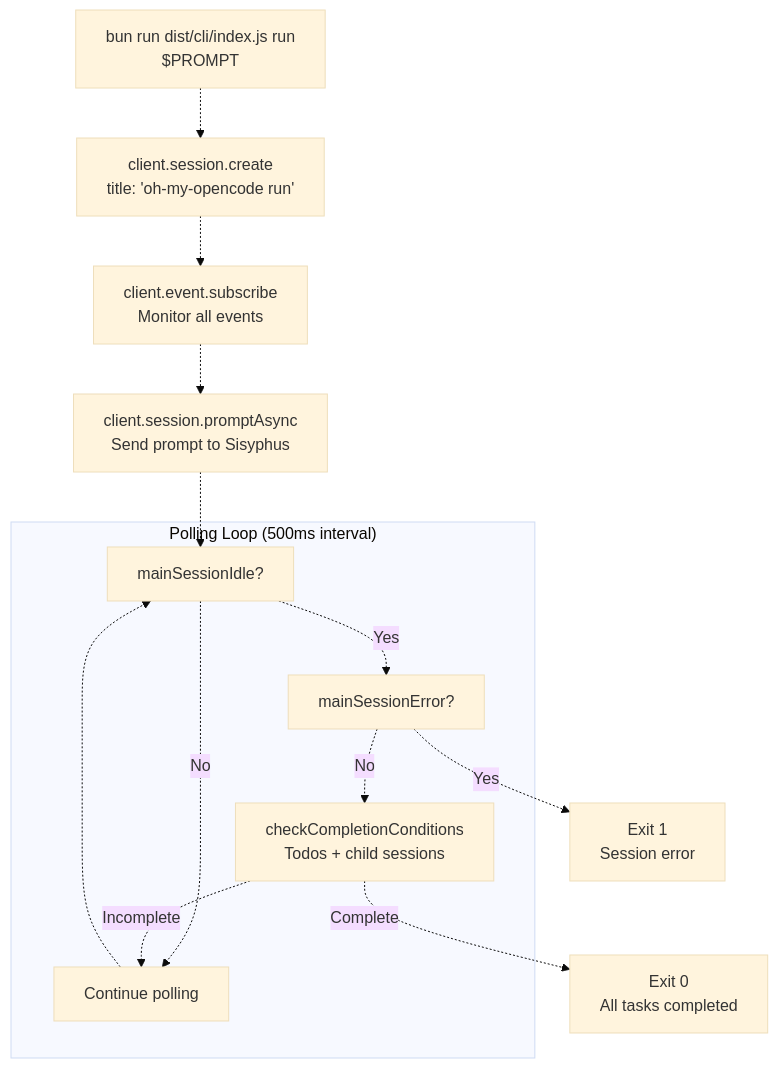
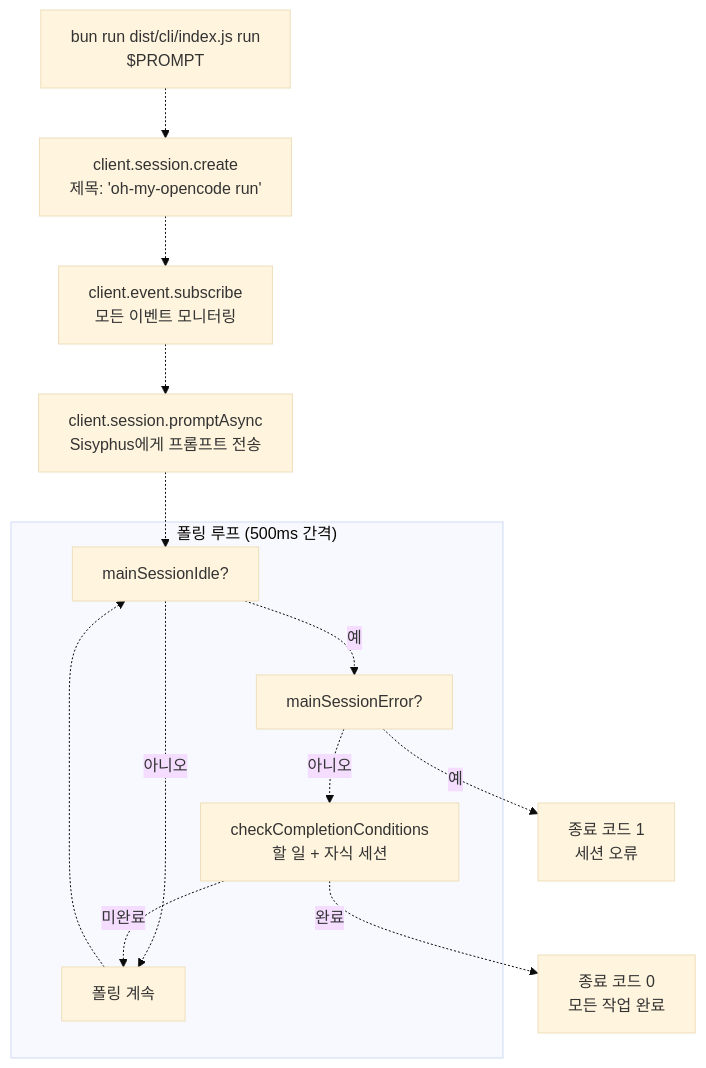
Before and after one commit to felipetruman/oh-my-opencode-docs: the seventh of 10 diagrams in docs/agents/github-workflow-integration.md, drawn with Mermaid (base theme). The commit also changed other lines of this file and 76 other files, not shown here.

````diff
--- a/docs/agents/github-workflow-integration.md
+++ b/docs/agents/github-workflow-integration.md
@@ -385,33 +385,33 @@
 ```mermaid
 flowchart TD
 
 Start["bun run dist/cli/index.js run<br>$PROMPT"]
-CreateSession["client.session.create<br>title: 'oh-my-opencode run'"]
-Subscribe["client.event.subscribe<br>Monitor all events"]
-PromptAsync["client.session.promptAsync<br>Send prompt to Sisyphus"]
+CreateSession["client.session.create<br>제목: 'oh-my-opencode run'"]
+Subscribe["client.event.subscribe<br>모든 이벤트 모니터링"]
+PromptAsync["client.session.promptAsync<br>Sisyphus에게 프롬프트 전송"]
 CheckIdle["mainSessionIdle?"]
 CheckError["mainSessionError?"]
-CheckCompletion["checkCompletionConditions<br>Todos + child sessions"]
-WaitMore["Continue polling"]
-ExitSuccess["Exit 0<br>All tasks completed"]
-ExitError["Exit 1<br>Session error"]
+CheckCompletion["checkCompletionConditions<br>할 일 + 자식 세션"]
+WaitMore["폴링 계속"]
+ExitSuccess["종료 코드 0<br>모든 작업 완료"]
+ExitError["종료 코드 1<br>세션 오류"]
 
 Start -.-> CreateSession
 CreateSession -.-> Subscribe
 Subscribe -.-> PromptAsync
 PromptAsync -.-> CheckIdle
-CheckError -.->|"Yes"| ExitError
-CheckCompletion -.->|"Complete"| ExitSuccess
+CheckError -.->|"예"| ExitError
+CheckCompletion -.->|"완료"| ExitSuccess
 
-subgraph subGraph0 ["Polling Loop (500ms interval)"]
+subgraph subGraph0 ["폴링 루프 (500ms 간격)"]
     CheckIdle
     CheckError
     CheckCompletion
     WaitMore
-    CheckIdle -.->|"No"| WaitMore
-    CheckIdle -.->|"Yes"| CheckError
-    CheckError -.->|"No"| CheckCompletion
-    CheckCompletion -.->|"Incomplete"| WaitMore
+    CheckIdle -.->|"아니오"| WaitMore
+    CheckIdle -.->|"예"| CheckError
+    CheckError -.->|"아니오"| CheckCompletion
+    CheckCompletion -.->|"미완료"| WaitMore
     WaitMore -.-> CheckIdle
 end
 ```
````
